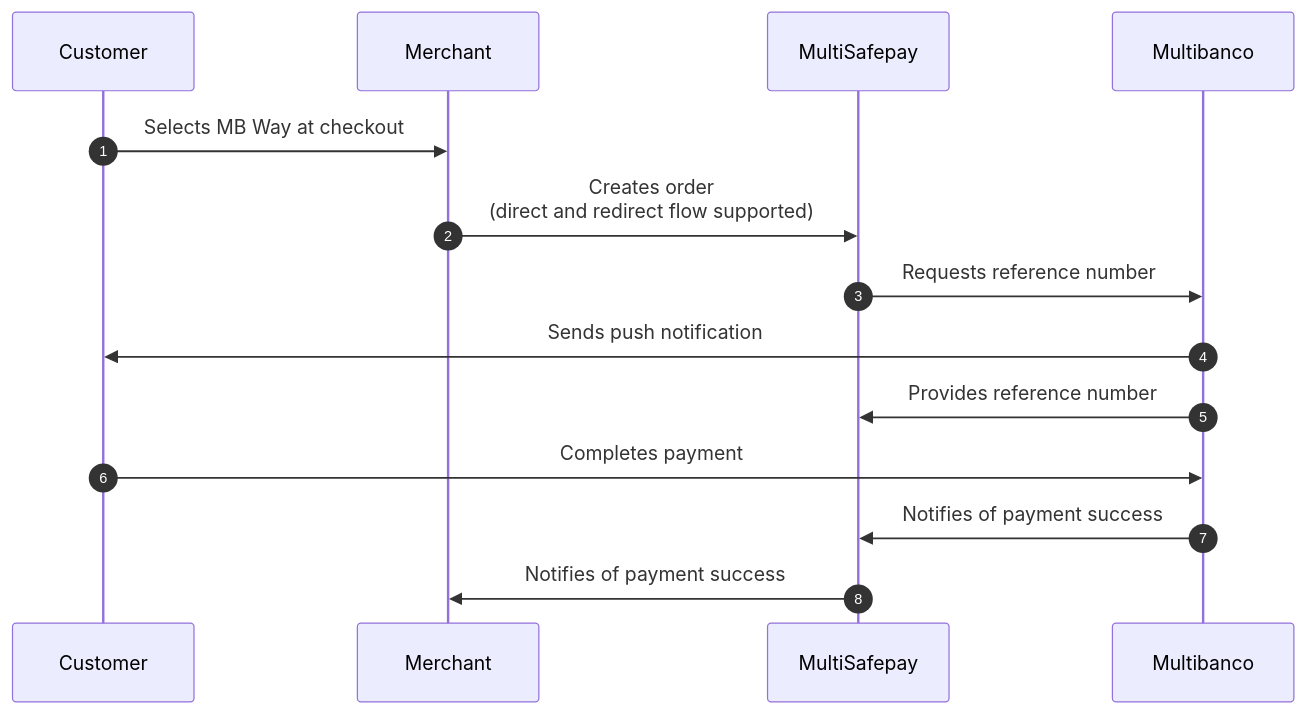
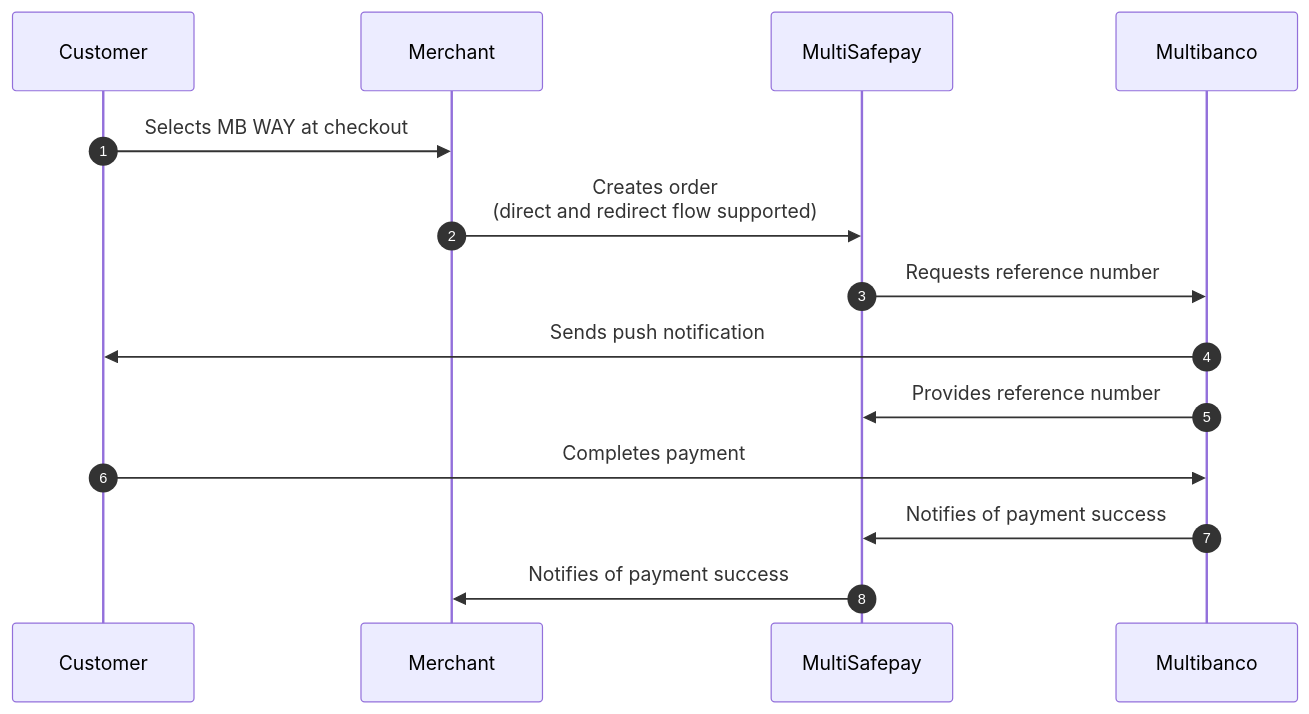
One commit to MultiSafepay/docs changed the diagram in static/diagrams/src/mbway-flow.mmd. Above: the diagram before and after it, drawn with Mermaid. The commit also changed 2 other files, not shown here.

Commit message:
DOCS-4018: Add MB WAY instead MB Way

```diff
--- a/static/diagrams/src/mbway-flow.mmd
+++ b/static/diagrams/src/mbway-flow.mmd
@@ -1,14 +1,14 @@
 sequenceDiagram
     autonumber
     participant C as Customer
     participant Me as Merchant
     participant Mu as MultiSafepay
     participant Mb as Multibanco
-    C->>Me: Selects MB Way at checkout
+    C->>Me: Selects MB WAY at checkout
     Me->>Mu: Creates order <br> (direct and redirect flow supported)
     Mu->>Mb: Requests reference number
     Mb->>C: Sends push notification
     Mb->>Mu: Provides reference number
     C->>Mb: Completes payment 
     Mb->>Mu: Notifies of payment success
     Mu->>Me:  Notifies of payment success
```
